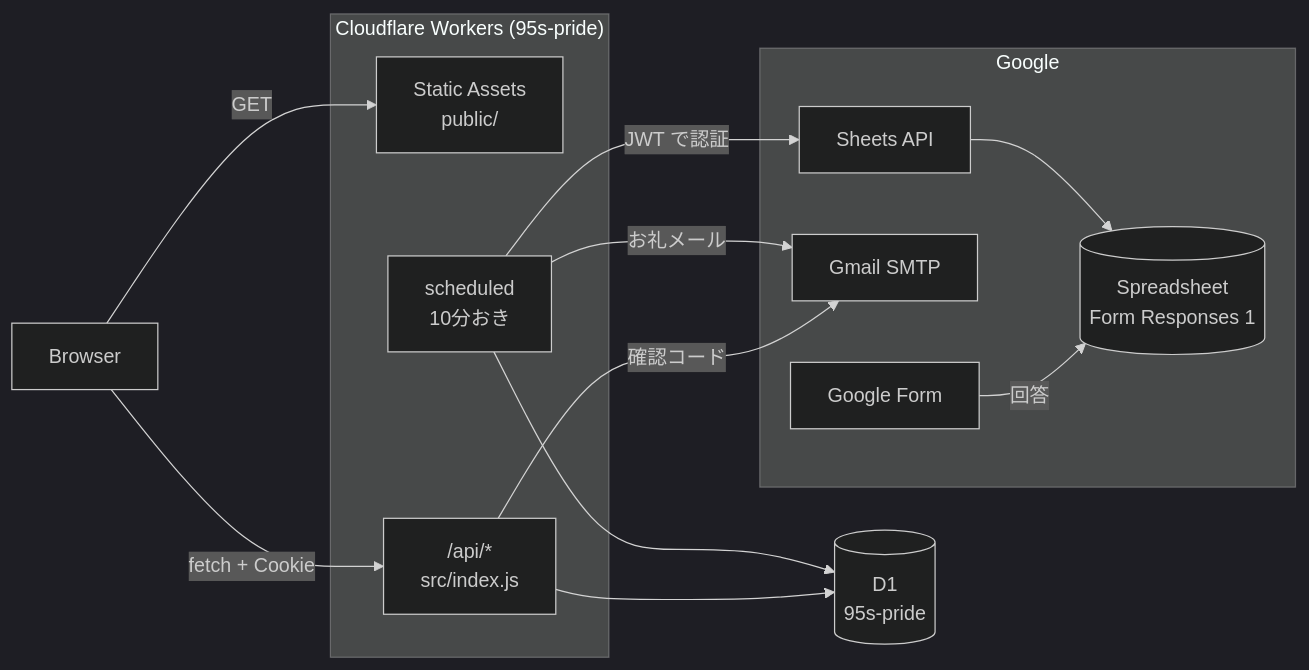
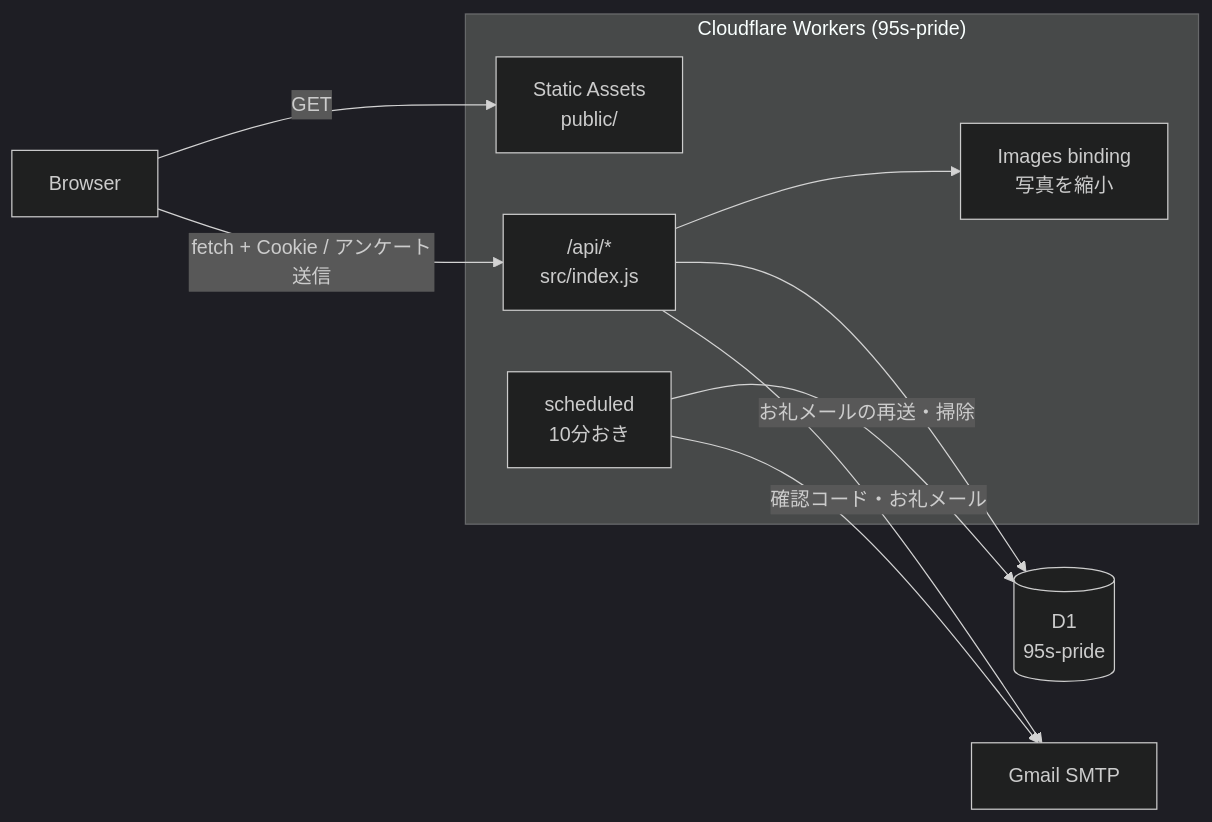
The first of 2 diagrams in アーキテクチャ/エンジニア向け.md (atsusagi111-dot/95s-pride), drawn with Mermaid (dark theme) before and after one commit. The commit also changed other lines of this file and 22 other files, not shown here.

````diff
--- a/アーキテクチャ/エンジニア向け.md
+++ b/アーキテクチャ/エンジニア向け.md
@@ -35,26 +37,20 @@
 ```mermaid
 flowchart LR
   B["Browser"]
   subgraph CF["Cloudflare Workers (95s-pride)"]
     AS["Static Assets<br>public/"]
     API["/api/*<br>src/index.js"]
+    IMG["Images binding<br>写真を縮小"]
     CR["scheduled<br>10分おき"]
   end
   D1[("D1<br>95s-pride")]
-  subgraph Google
-    FM["Google Form"]
-    SH[("Spreadsheet<br>Form Responses 1")]
-    SMTP["Gmail SMTP"]
-    SA["Sheets API"]
-  end
+  SMTP["Gmail SMTP"]
 
   B -->|"GET"| AS
-  B -->|"fetch + Cookie"| API
+  B -->|"fetch + Cookie / アンケート送信"| API
   API --> D1
-  API -->|"確認コード"| SMTP
-  FM -->|"回答"| SH
-  CR -->|"JWT で認証"| SA
-  SA --> SH
-  CR --> D1
-  CR -->|"お礼メール"| SMTP
+  API --> IMG
+  API -->|"確認コード・お礼メール"| SMTP
+  CR -->|"お礼メールの再送・掃除"| D1
+  CR --> SMTP
 ```
````
